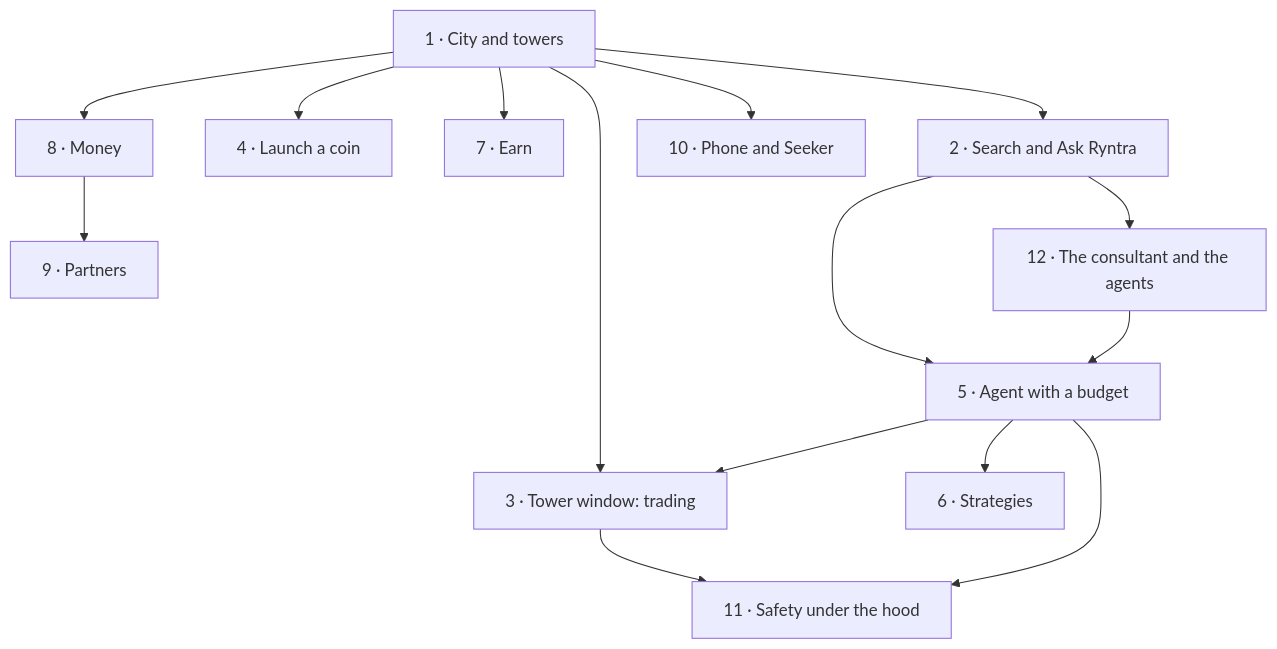
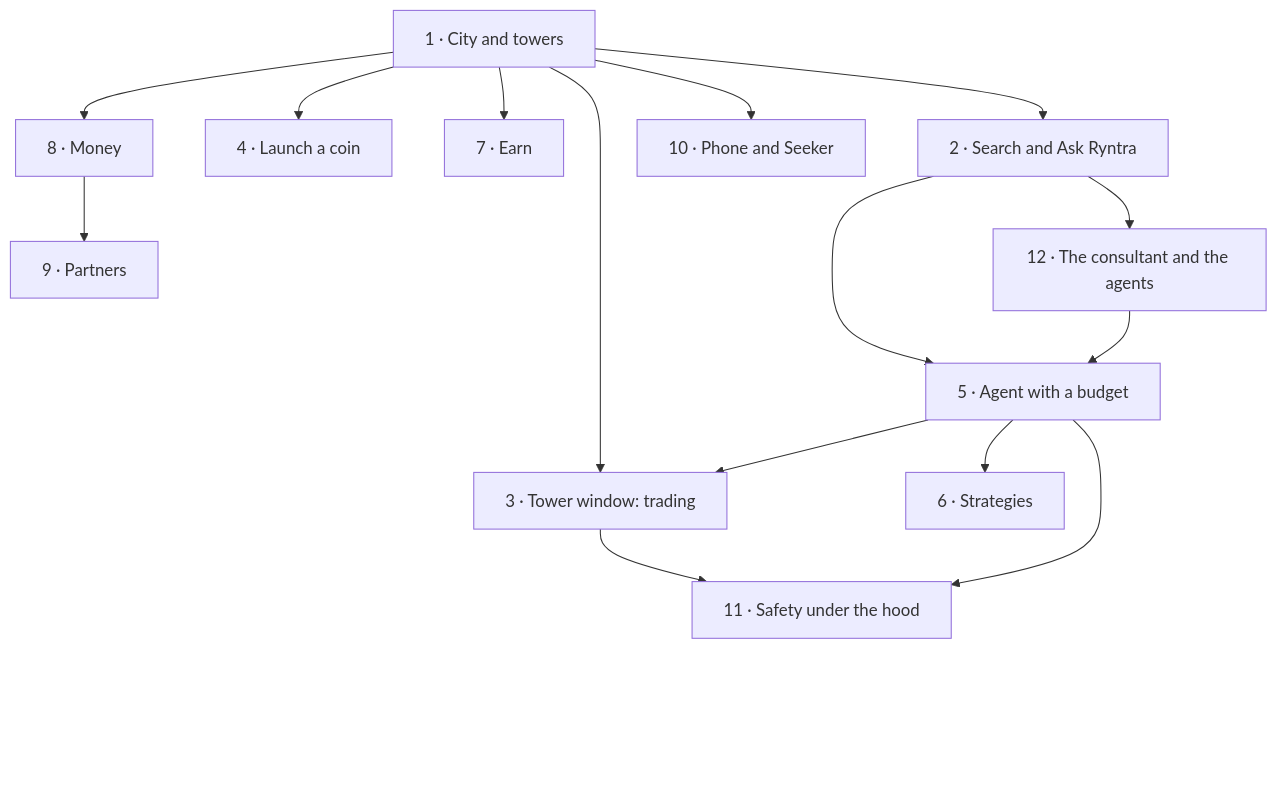
Before and after one commit to ryntra-io/ryntra-solana: the first of 14 diagrams in LEARN.md, drawn with Mermaid. The commit also changed other lines of this file and 1717 other files, not shown here.

````diff
--- a/LEARN.md
+++ b/LEARN.md
@@ -17,17 +17,20 @@
 ```mermaid
 flowchart TD
   City["1 · City and towers"] --> Search["2 · Search and Ask Ryntra"]
   City --> Trade["3 · Tower window: trading"]
   City --> Launch["4 · Launch a coin"]
   Search --> Agent["5 · Agent with a budget"]
   Agent --> Strat["6 · Strategies"]
   Agent --> Trade
   City --> Earn["7 · Earn"]
   City --> Money["8 · Money"]
   Money --> Partners["9 · Partners"]
   City --> Phone["10 · Phone and Seeker"]
   Trade --> Safe["11 · Safety under the hood"]
   Agent --> Safe
   Search --> Crew["12 · The consultant and the agents"]
   Crew --> Agent
+  %% An empty block: GitHub draws its pan and zoom buttons over a diagram's bottom right corner.
+  Safe ~~~ room["#8195;<br/>#8195;<br/>#8195;"]
+  style room fill:none,stroke:none
 ```
````
